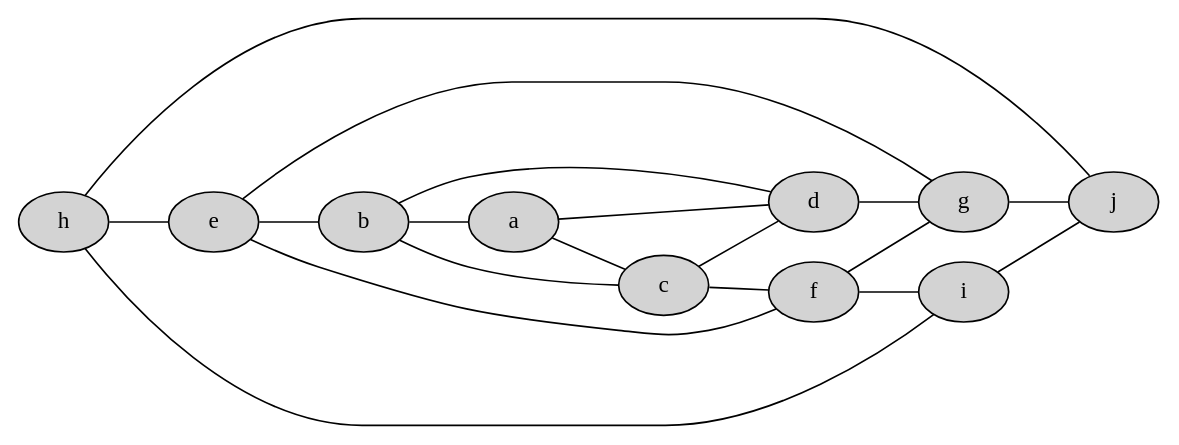
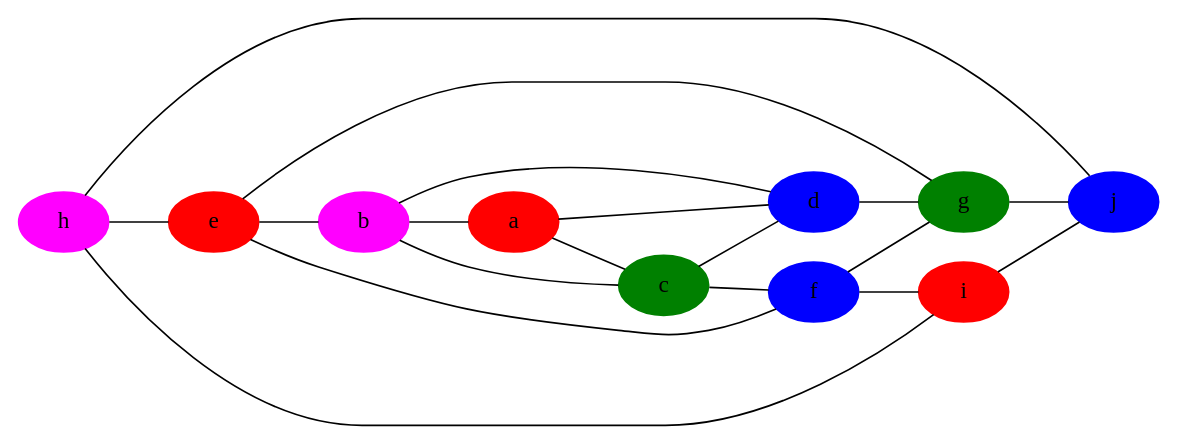
The fourth of 5 diagrams in zapiski/2020-21/2021-01-13.md (jaanos/diskretne-strukture-fim), drawn with Graphviz before and after one commit. The commit also changed other lines of this file, not shown here.

````diff
--- a/zapiski/2020-21/2021-01-13.md
+++ b/zapiski/2020-21/2021-01-13.md
@@ -85,23 +250,34 @@
 ```graphviz
 graph G3 {
   rankdir=LR
   node [style=filled]
 
   h -- e -- b -- a
   b -- c
   b -- d
   a -- c
   a -- d
   c -- d
   e -- f
   e -- g
   c -- f
   d -- g
   f -- g
   h -- i
   h -- j
   f -- i
   g -- j
   i -- j
+  
+  a [color=red]
+  c [color=green]
+  d [color=blue]
+  b [color=magenta]
+  e [color=red]
+  f [color=blue]
+  g [color=green]
+  h [color=magenta]
+  i [color=red]
+  j [color=blue]
 }
 ```
````
